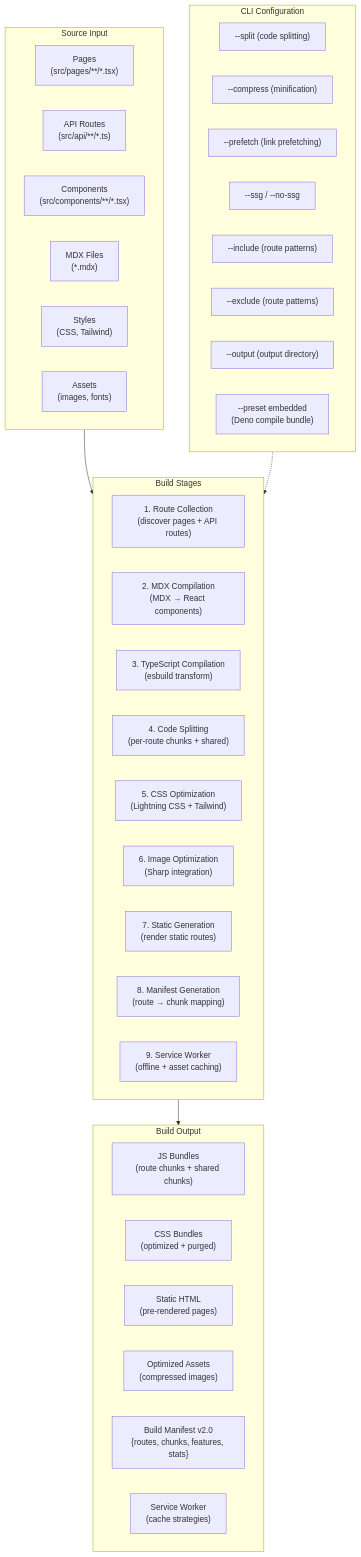
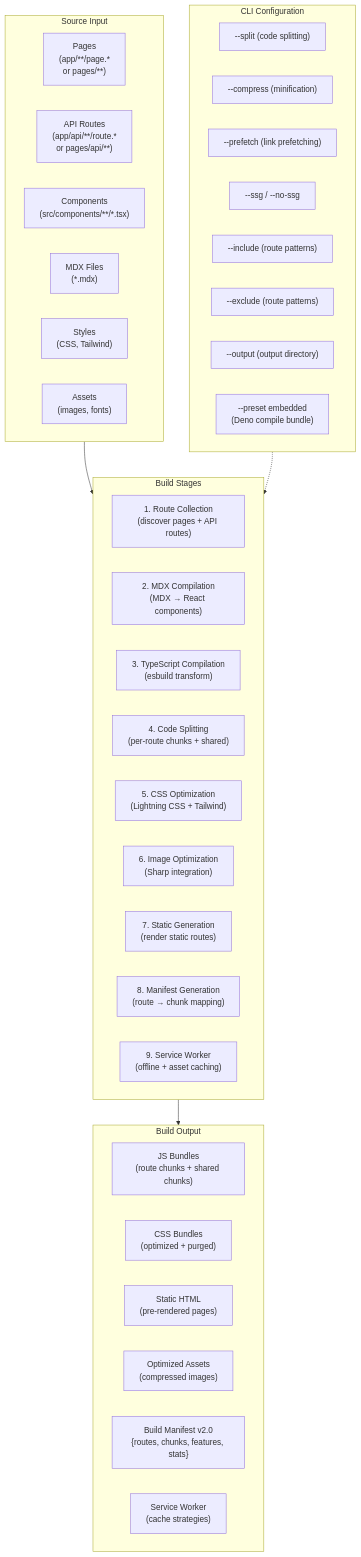
One commit to veryfront/veryfront-code changed the fourth of 6 diagrams in docs/architecture/05-deployment-platform.md. Above: the diagram before and after it, drawn with Mermaid. The commit also changed other lines of this file and 28 other files, not shown here.

````diff
--- a/docs/architecture/05-deployment-platform.md
+++ b/docs/architecture/05-deployment-platform.md
@@ -247,47 +249,47 @@
 ```mermaid
 flowchart TD
     subgraph Input["Source Input"]
-        Pages["Pages<br/>(src/pages/**/*.tsx)"]
-        APIRoutes["API Routes<br/>(src/api/**/*.ts)"]
+        Pages["Pages<br/>(app/**/page.*<br/>or pages/**)"]
+        APIRoutes["API Routes<br/>(app/api/**/route.*<br/>or pages/api/**)"]
         Components["Components<br/>(src/components/**/*.tsx)"]
         MDXFiles["MDX Files<br/>(*.mdx)"]
         Styles["Styles<br/>(CSS, Tailwind)"]
         Assets["Assets<br/>(images, fonts)"]
     end
 
     subgraph BuildStages["Build Stages"]
         RouteCollect["1. Route Collection<br/>(discover pages + API routes)"]
         MDXCompile["2. MDX Compilation<br/>(MDX → React components)"]
         TSCompile["3. TypeScript Compilation<br/>(esbuild transform)"]
         CodeSplit["4. Code Splitting<br/>(per-route chunks + shared)"]
         CSSOptimize["5. CSS Optimization<br/>(Lightning CSS + Tailwind)"]
         ImageOptimize["6. Image Optimization<br/>(Sharp integration)"]
         SSG["7. Static Generation<br/>(render static routes)"]
         Manifest["8. Manifest Generation<br/>(route → chunk mapping)"]
         SW["9. Service Worker<br/>(offline + asset caching)"]
     end
 
     subgraph Output["Build Output"]
         JSBundles["JS Bundles<br/>(route chunks + shared chunks)"]
         CSSBundles["CSS Bundles<br/>(optimized + purged)"]
         StaticHTML["Static HTML<br/>(pre-rendered pages)"]
         AssetFiles["Optimized Assets<br/>(compressed images)"]
         BuildManifest["Build Manifest v2.0<br/>{routes, chunks, features, stats}"]
         ServiceWorker["Service Worker<br/>(cache strategies)"]
     end
 
     subgraph CLIFlags["CLI Configuration"]
         SplitFlag["--split (code splitting)"]
         CompressFlag["--compress (minification)"]
         PrefetchFlag["--prefetch (link prefetching)"]
         SSGFlag["--ssg / --no-ssg"]
         IncludeFlag["--include (route patterns)"]
         ExcludeFlag["--exclude (route patterns)"]
         OutputFlag["--output (output directory)"]
         PresetFlag["--preset embedded<br/>(Deno compile bundle)"]
     end
 
     Input --> BuildStages
     BuildStages --> Output
     CLIFlags -.-> BuildStages
 ```
````
